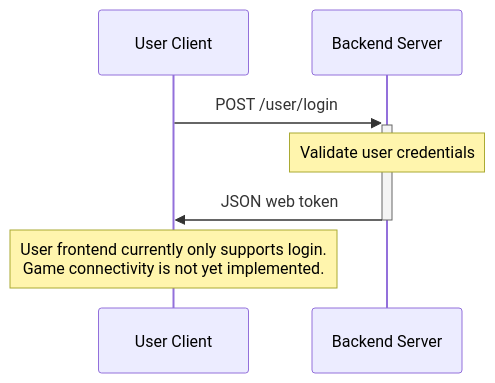
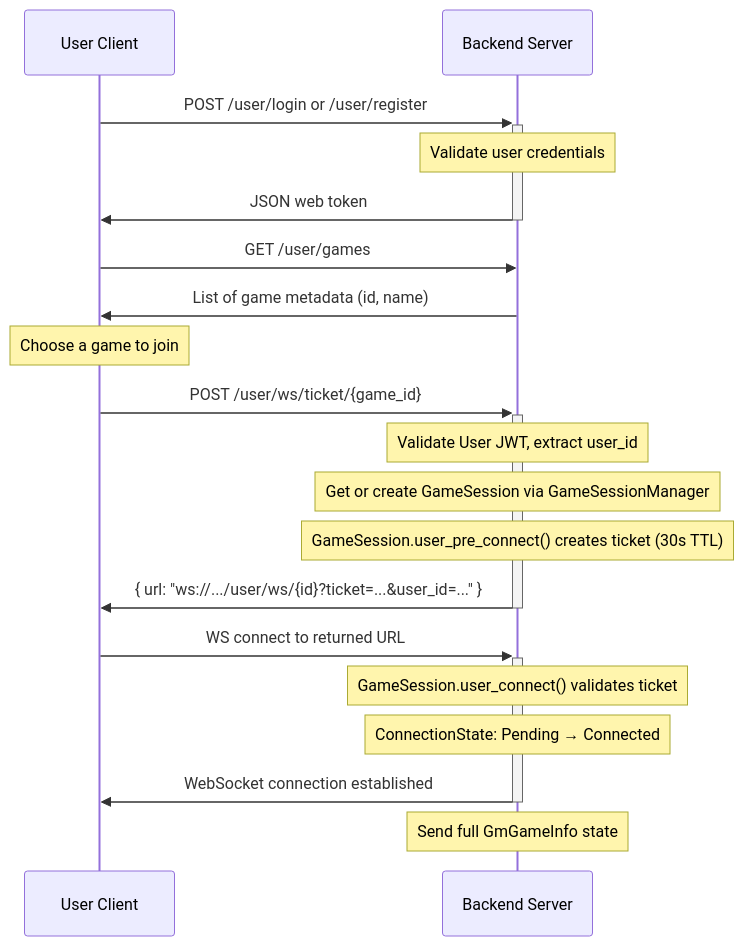
One commit to jakob-rzeppa/turnkeeper changed the third of 3 diagrams in docs/ARCHITECTURE.md. Above: the diagram before and after it, drawn with Mermaid. The commit also changed other lines of this file and 2 other files, not shown here.

````diff
--- a/docs/ARCHITECTURE.md
+++ b/docs/ARCHITECTURE.md
@@ -66,11 +64,25 @@
 ```mermaid
 sequenceDiagram
     participant User as User Client
     participant Backend as Backend Server
 
-    User->>+Backend: POST /user/login
+    User->>+Backend: POST /user/login or /user/register
     note over Backend: Validate user credentials
     Backend->>-User: JSON web token
 
-    note over User: User frontend currently only supports login.<br/>Game connectivity is not yet implemented.
+    User->>Backend: GET /user/games
+    Backend->>User: List of game metadata (id, name)
+    note over User: Choose a game to join
+
+    User->>+Backend: POST /user/ws/ticket/{game_id}
+    note over Backend: Validate User JWT, extract user_id
+    note over Backend: Get or create GameSession via GameSessionManager
+    note over Backend: GameSession.user_pre_connect() creates ticket (30s TTL)
+    Backend->>-User: { url: "ws://.../user/ws/{id}?ticket=...&user_id=..." }
+
+    User->>+Backend: WS connect to returned URL
+    note over Backend: GameSession.user_connect() validates ticket
+    note over Backend: ConnectionState: Pending → Connected
+    Backend->>-User: WebSocket connection established
+    note over Backend: Send full GmGameInfo state
 ```
````
